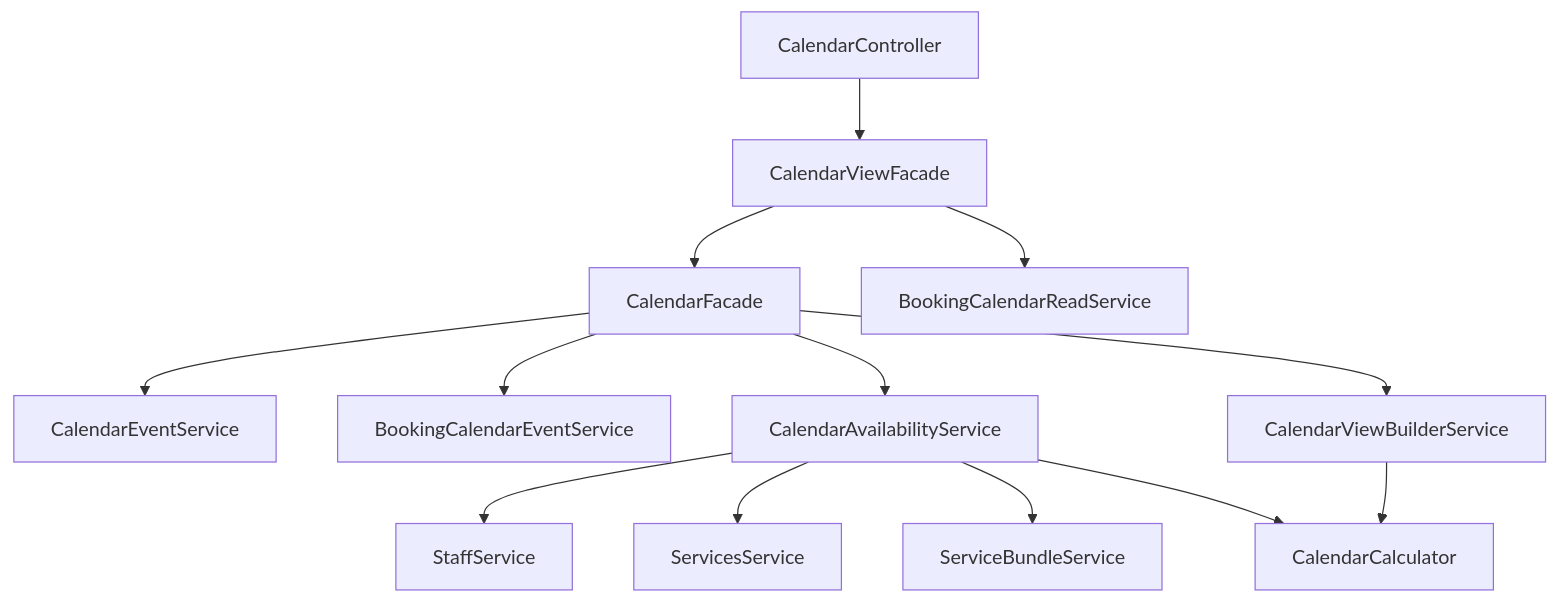
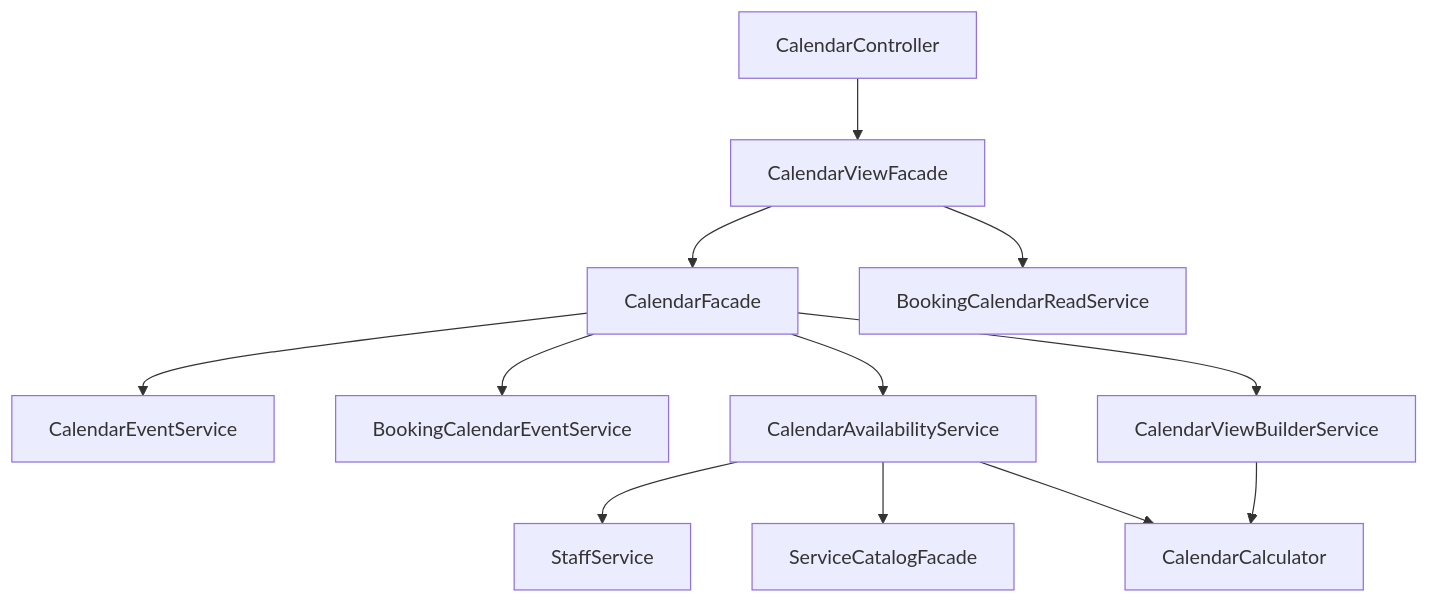
One commit to pavelnagorsky/crm-core changed the third of 7 diagrams in docs/architecture/flows.md. Above: the diagram before and after it, drawn with Mermaid. The commit also changed other lines of this file and 111 other files, not shown here.

Commit message:
refactor/service-catalog-modules

````diff
--- a/docs/architecture/flows.md
+++ b/docs/architecture/flows.md
@@ -57,17 +57,16 @@
 ```mermaid
 flowchart TB
   CalendarController --> CalendarViewFacade
   CalendarViewFacade --> CalendarFacade
   CalendarViewFacade --> BookingCalendarReadService
 
   CalendarFacade --> CalendarEventService
   CalendarFacade --> BookingCalendarEventService
   CalendarFacade --> CalendarAvailabilityService
   CalendarFacade --> CalendarViewBuilderService
 
   CalendarAvailabilityService --> StaffService
-  CalendarAvailabilityService --> ServicesService
-  CalendarAvailabilityService --> ServiceBundleService
+  CalendarAvailabilityService --> ServiceCatalogFacade
   CalendarAvailabilityService --> CalendarCalculator
   CalendarViewBuilderService --> CalendarCalculator
 ```
````
